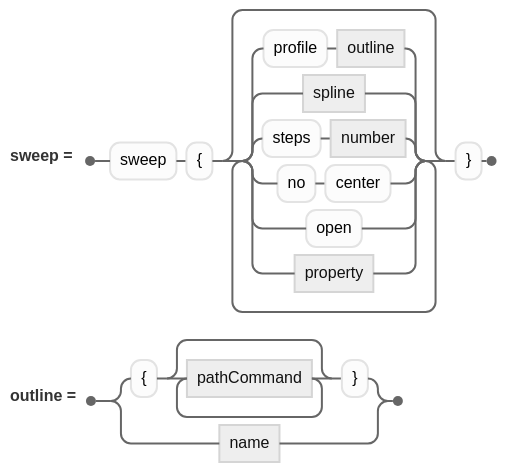
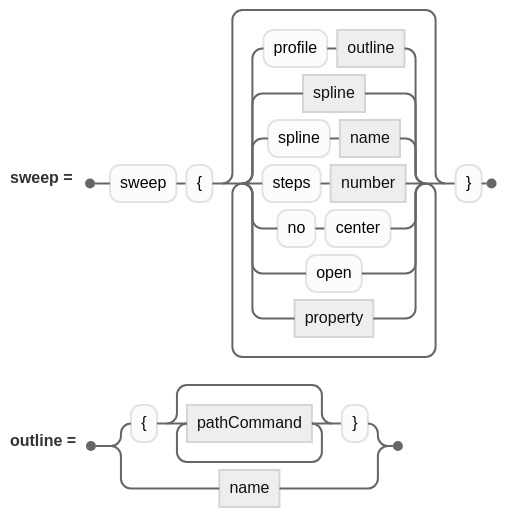
The diagram in docs/diagrams/advanced/sweepClause.mmd (jskress/RayTracer), drawn with Mermaid (neutral theme) before and after one commit. The commit also changed 41 other files, not shown here.

```diff
--- a/docs/diagrams/advanced/sweepClause.mmd
+++ b/docs/diagrams/advanced/sweepClause.mmd
@@ -1,7 +1,7 @@
 railroad-ebnf-beta
 title "A sweep"
 
-sweep = "sweep" "{" { "profile" outline | spline | "steps" number
+sweep = "sweep" "{" { "profile" outline | spline | "spline" name | "steps" number
       | "no" "center" | "open" | property } "}" ;
 
 outline = "{" { pathCommand } "}" | name ;
```
